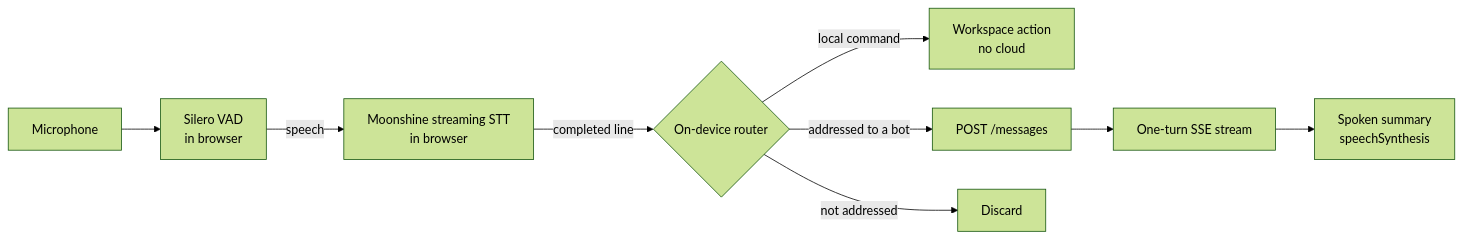
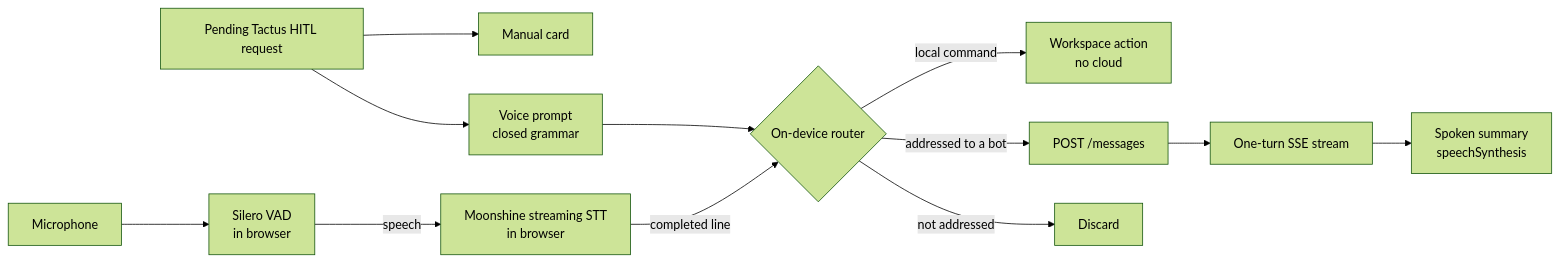
One commit to AnthusAI/Chatticus changed the diagram in docs/VOICE.md. Above: the diagram before and after it, drawn with Mermaid (forest theme). The commit also changed other lines of this file and 1 other file, not shown here.

First line of the commit message:
docs(voice): voice as a Tactus HITL channel; address review

````diff
--- a/docs/VOICE.md
+++ b/docs/VOICE.md
@@ -121,11 +121,14 @@
 ```mermaid
 flowchart LR
+  HITL[Pending Tactus HITL request] --> Card[Manual card]
+  HITL --> Prompt[Voice prompt<br/>closed grammar]
+  Prompt --> Router
   Mic[Microphone] --> VAD[Silero VAD<br/>in browser]
   VAD -->|speech| STT[Moonshine streaming STT<br/>in browser]
   STT -->|completed line| Router{On-device router}
   Router -->|local command| UI[Workspace action<br/>no cloud]
   Router -->|addressed to a bot| Post[POST /messages]
   Router -->|not addressed| Drop[Discard]
   Post --> Turn[One-turn SSE stream]
   Turn --> Speak[Spoken summary<br/>speechSynthesis]
 ```
````
